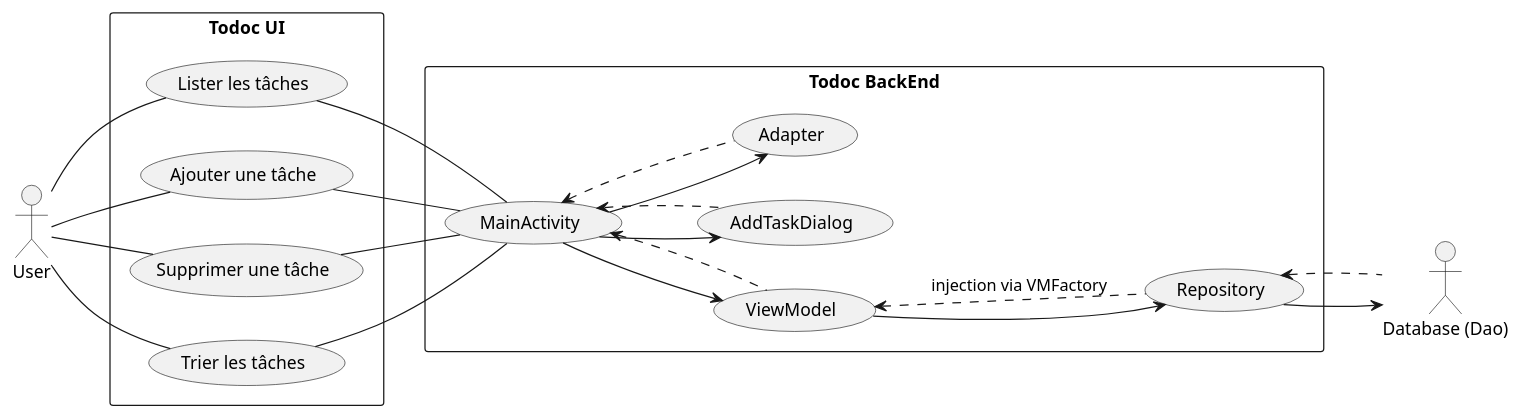
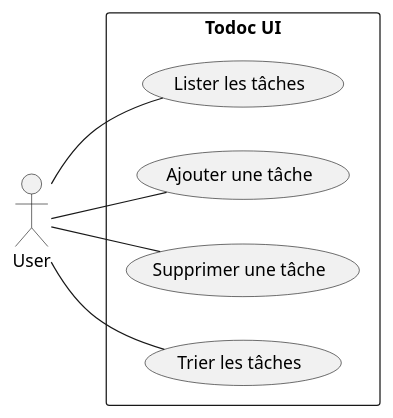
One commit to Daiqua/OC_projet_5 changed the diagram in todoc-master/app/src/main/java/com/cleanup/todoc/utils/UseCase.puml. Above: the diagram before and after it, drawn with PlantUML.

Commit message:
update usecase

```diff
--- a/todoc-master/app/src/main/java/com/cleanup/todoc/utils/UseCase.puml
+++ b/todoc-master/app/src/main/java/com/cleanup/todoc/utils/UseCase.puml
@@ -1,46 +1,18 @@
 @startuml
 'https://plantuml.com/use-case-diagram
 left to right direction
 actor User
-actor "Database (Dao)" as Database
+
 rectangle "Todoc UI" as UI {
     usecase "Lister les tâches" as UC1
     usecase "Ajouter une tâche" as UC2
     usecase "Supprimer une tâche" as UC3
     usecase "Trier les tâches" as UC4
-
-}
-
-rectangle "Todoc BackEnd" as backEnd {
-
-    usecase MainActivity
-    usecase AddTaskDialog
-    usecase ViewModel
-    usecase Adapter
-    usecase Repository
 }
 
 User -- UC1
 User -- UC2
 User -- UC3
 User -- UC4
 
-UC1 -- MainActivity
-UC2 -- MainActivity
-UC3 -- MainActivity
-UC4 -- MainActivity
-
-
-MainActivity --> ViewModel
-MainActivity --> Adapter
-MainActivity <.. ViewModel
-MainActivity <.. Adapter
-ViewModel -> Repository
-ViewModel <.. Repository : injection via VMFactory
-MainActivity --> AddTaskDialog
-MainActivity <.. AddTaskDialog
-
-Repository --> Database
-Repository <.. Database
-
 @enduml
```
